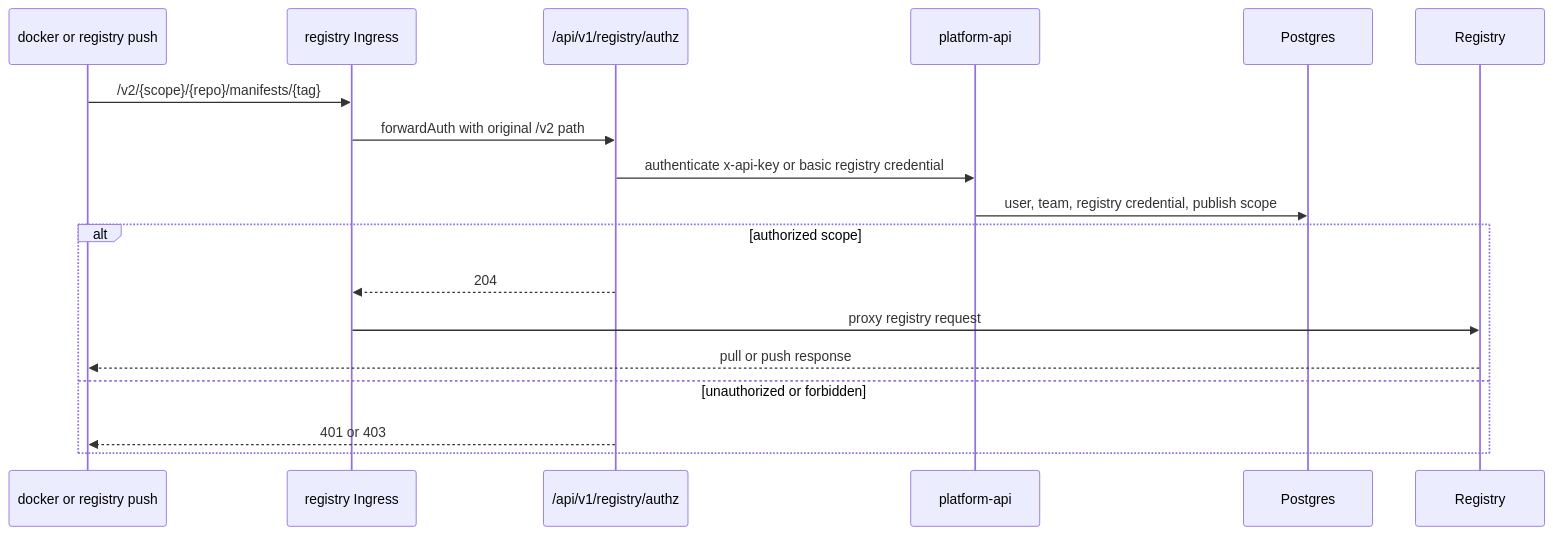
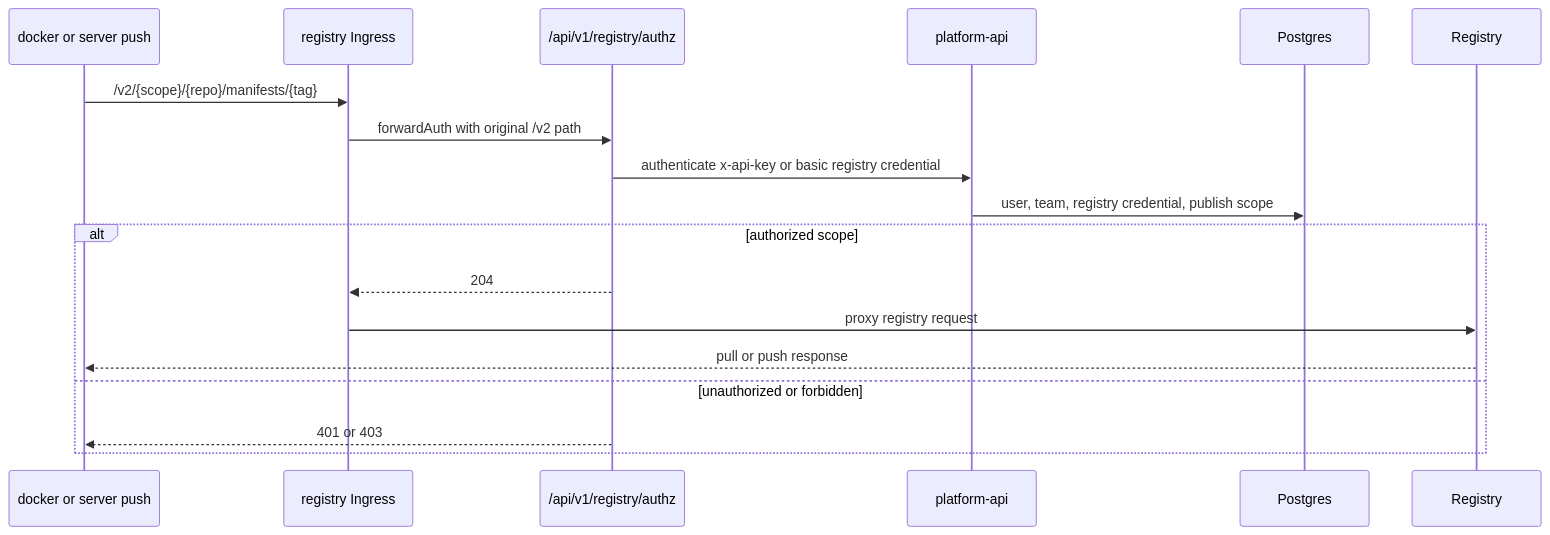
The seventh of 9 diagrams in docs/internals/request-flows.md (Agent-Hellboy/mcp-runtime), drawn with Mermaid before and after one commit. The commit also changed other lines of this file and 51 other files, not shown here.

Commit message:
fix(cli): remove redundant registry push alias

````diff
--- a/docs/internals/request-flows.md
+++ b/docs/internals/request-flows.md
@@ -244,21 +244,21 @@
 ```mermaid
 sequenceDiagram
-    participant Docker as docker or registry push
+    participant Docker as docker or server push
     participant Ingress as registry Ingress
     participant Authz as /api/v1/registry/authz
     participant API as platform-api
     participant DB as Postgres
     participant Registry
 
     Docker->>Ingress: /v2/{scope}/{repo}/manifests/{tag}
     Ingress->>Authz: forwardAuth with original /v2 path
     Authz->>API: authenticate x-api-key or basic registry credential
     API->>DB: user, team, registry credential, publish scope
     alt authorized scope
         Authz-->>Ingress: 204
         Ingress->>Registry: proxy registry request
         Registry-->>Docker: pull or push response
     else unauthorized or forbidden
         Authz-->>Docker: 401 or 403
     end
 ```
````
